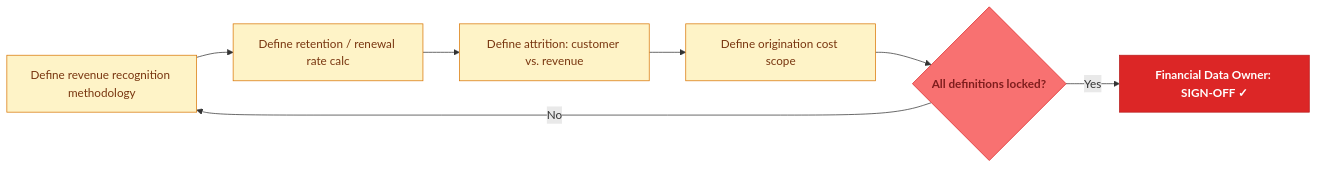
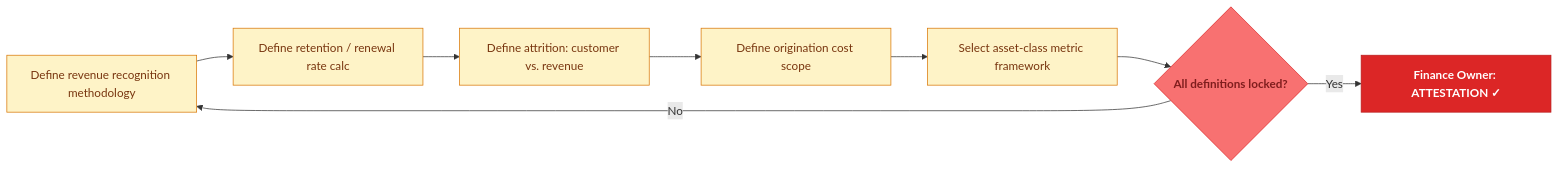
The third of 17 diagrams in README.md (mrchanpark/IC-Memo-Flow-Chart-V2), drawn with Mermaid before and after one commit. The commit also changed other lines of this file and 2 other files, not shown here.

````diff
--- a/README.md
+++ b/README.md
@@ -67,12 +78,13 @@
 ```mermaid
 flowchart LR
   A["Define revenue recognition methodology"]:::yel --> B["Define retention / renewal rate calc"]:::yel
   B --> C["Define attrition: customer vs. revenue"]:::yel
   C --> D["Define origination cost scope"]:::yel
-  D --> E{"All definitions locked?"}:::redD
+  D --> X["Select asset-class metric framework"]:::yel
+  X --> E{"All definitions locked?"}:::redD
   E -- No --> A
-  E -- Yes --> F["Financial Data Owner: SIGN-OFF ✓"]:::redM
+  E -- Yes --> F["Finance Owner: ATTESTATION ✓"]:::redM
   classDef yel fill:#fef3c7,stroke:#d97706,color:#78350f
   classDef redD fill:#f87171,stroke:#dc2626,color:#7f1d1d,font-weight:700
   classDef redM fill:#dc2626,stroke:#b91c1c,color:#fff,font-weight:700
 ```
````
